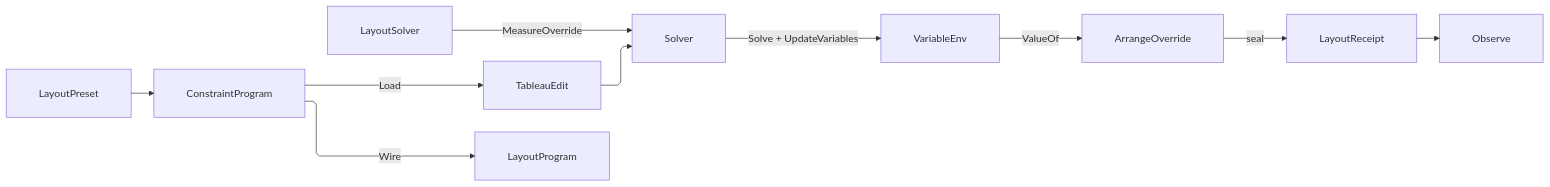
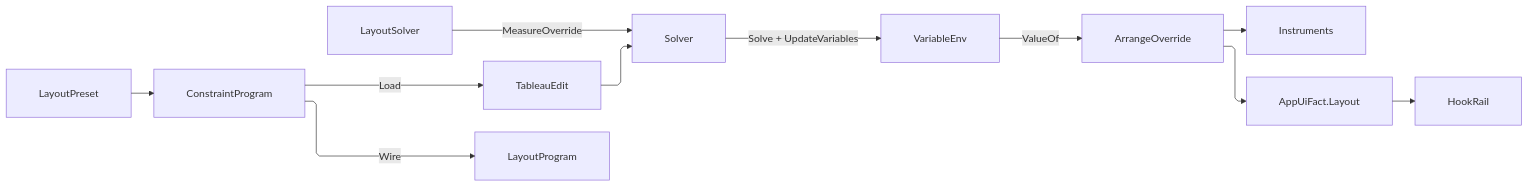
Before and after one commit to bsamiee/Rasm: the diagram in libs/dotnet/Rasm.AppUi/.planning/Shell/solver.md, drawn with Mermaid. The commit also changed other lines of this file and 1417 other files, not shown here.

````diff
--- a/libs/dotnet/Rasm.AppUi/.planning/Shell/solver.md
+++ b/libs/dotnet/Rasm.AppUi/.planning/Shell/solver.md
@@ -676,21 +679,22 @@
 ```mermaid
 ---
 config:
   layout: elk
   flowchart:
     curve: linear
     padding: 25
 ---
 flowchart LR
     accTitle: Constraint layout solve spine
-    accDescr: A layout preset lowering into a constraint program the solver loads as a tableau delta, the variable environment resolving the values arrange reads, arrange sealing the pass receipt onto the evidence column, and the same program projecting the layout-constraint wire.
+    accDescr: A layout preset lowering into a constraint program the solver loads as a tableau delta, the variable environment resolving the values arrange reads, arrange recording the measured pass and firing its layout fact, and the same program projecting the layout-constraint wire.
     LayoutPreset --> ConstraintProgram
     ConstraintProgram -->|Load| TableauEdit
     TableauEdit --> Solver
     LayoutSolver -->|MeasureOverride| Solver
     Solver -->|Solve + UpdateVariables| VariableEnv
     VariableEnv -->|ValueOf| ArrangeOverride
-    ArrangeOverride -->|seal| LayoutReceipt
-    LayoutReceipt --> Observe
+    ArrangeOverride --> Instruments
+    ArrangeOverride --> AppUiFactLayout["AppUiFact.Layout"]
+    AppUiFactLayout --> HookRail
     ConstraintProgram -->|Wire| LayoutProgram
 ```
````
